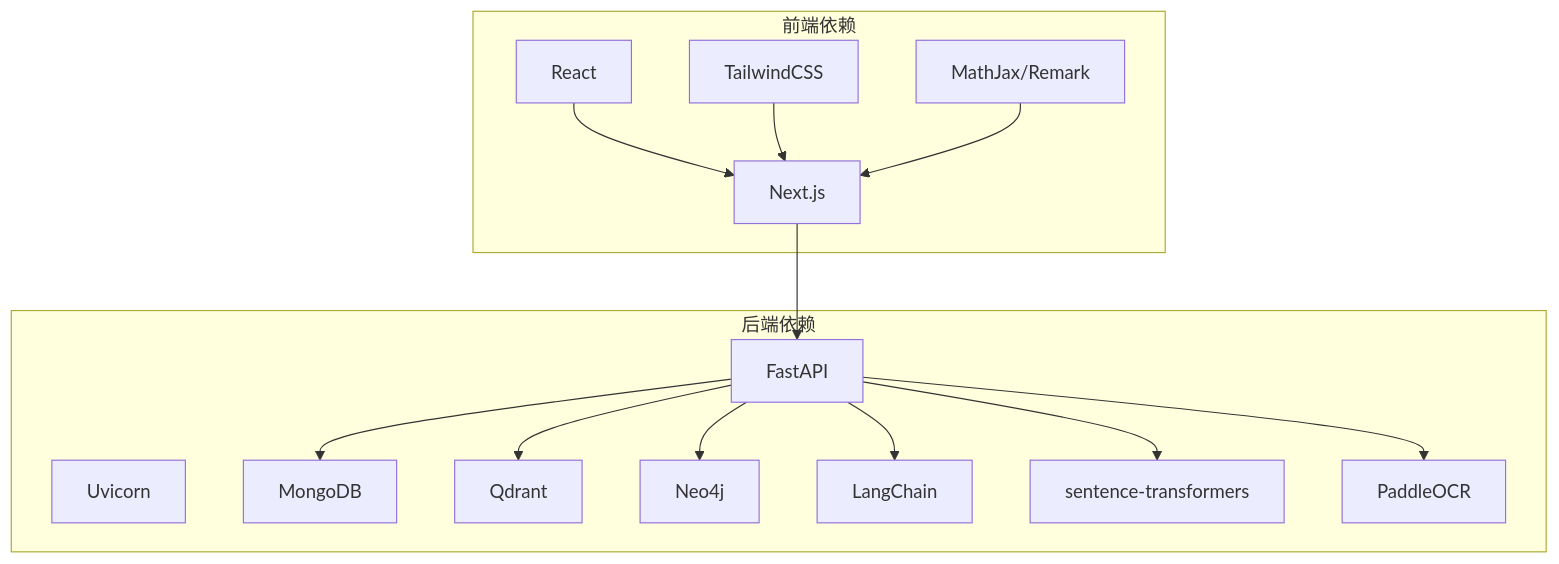
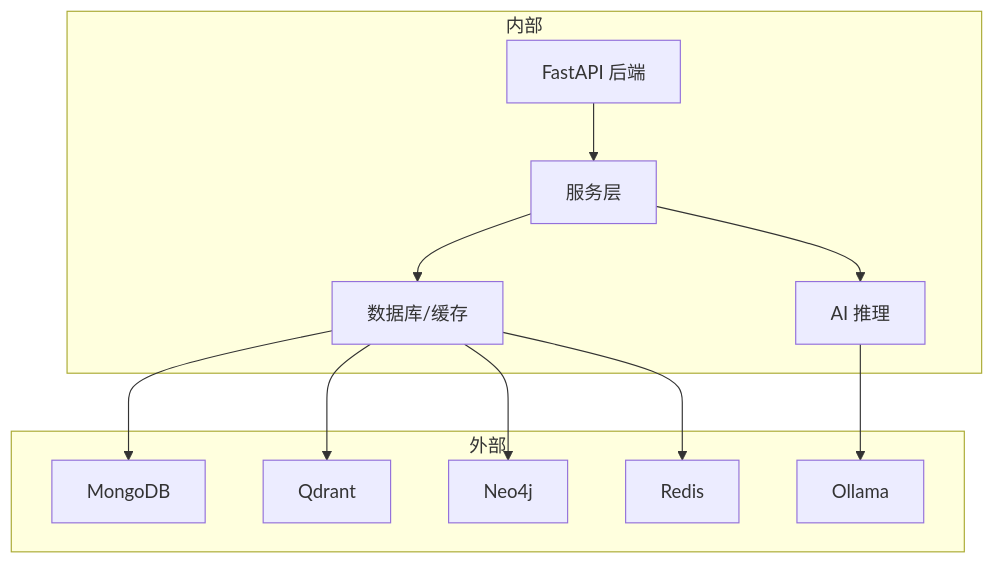
One commit to iammm0/advanced-rag changed the eighth of 8 diagrams in .qoder/repowiki/zh/content/系统架构/整体架构设计.md. Above: the diagram before and after it, drawn with Mermaid. The commit also changed other lines of this file and 233 other files, not shown here.

````diff
--- a/.qoder/repowiki/zh/content/系统架构/整体架构设计.md
+++ b/.qoder/repowiki/zh/content/系统架构/整体架构设计.md
@@ -309,29 +332,24 @@
 ```mermaid
 graph TB
-subgraph "后端依赖"
-F["FastAPI"]
-U["Uvicorn"]
-M["MongoDB"]
-Q["Qdrant"]
-N["Neo4j"]
-L["LangChain"]
-S["sentence-transformers"]
-P["PaddleOCR"]
+subgraph "内部"
+API["FastAPI 后端"]
+Services["服务层"]
+DB["数据库/缓存"]
+AI["AI 推理"]
 end
-subgraph "前端依赖"
-NX["Next.js"]
-R["React"]
-T["TailwindCSS"]
-MJ["MathJax/Remark"]
+subgraph "外部"
+Mongo["MongoDB"]
+Qdrant["Qdrant"]
+Neo4j["Neo4j"]
+Redis["Redis"]
+Ollama["Ollama"]
 end
-F --> M
-F --> Q
-F --> N
-F --> L
-F --> S
-F --> P
-NX --> F
-R --> NX
-T --> NX
-MJ --> NX
+API --> Services
+Services --> DB
+Services --> AI
+DB --> Mongo
+DB --> Qdrant
+DB --> Neo4j
+DB --> Redis
+AI --> Ollama
 ```
````
